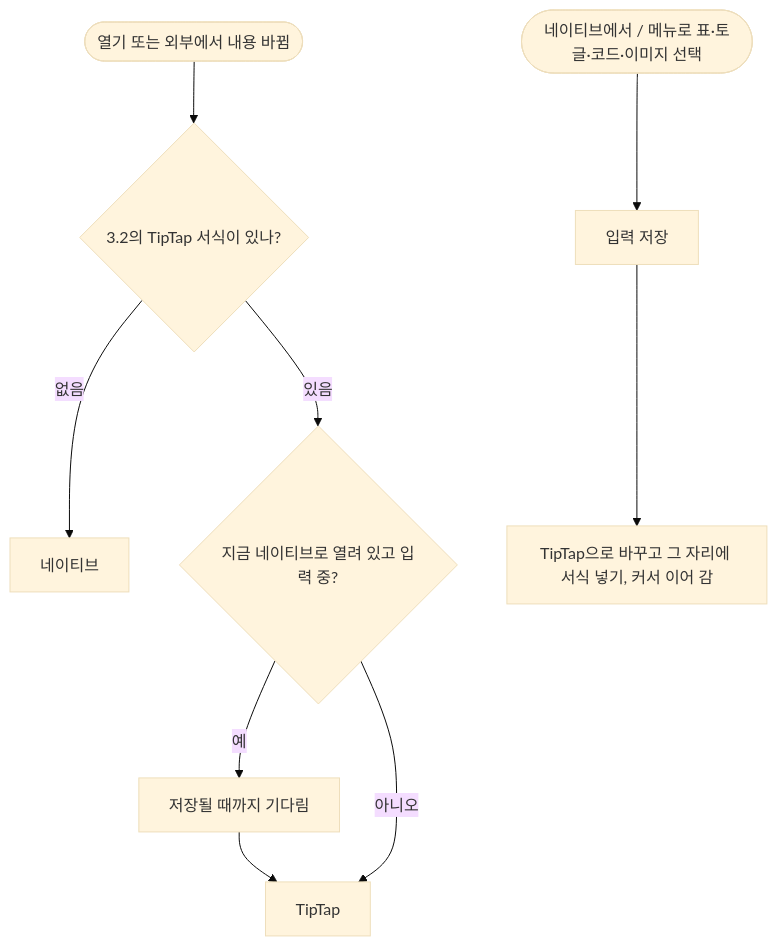
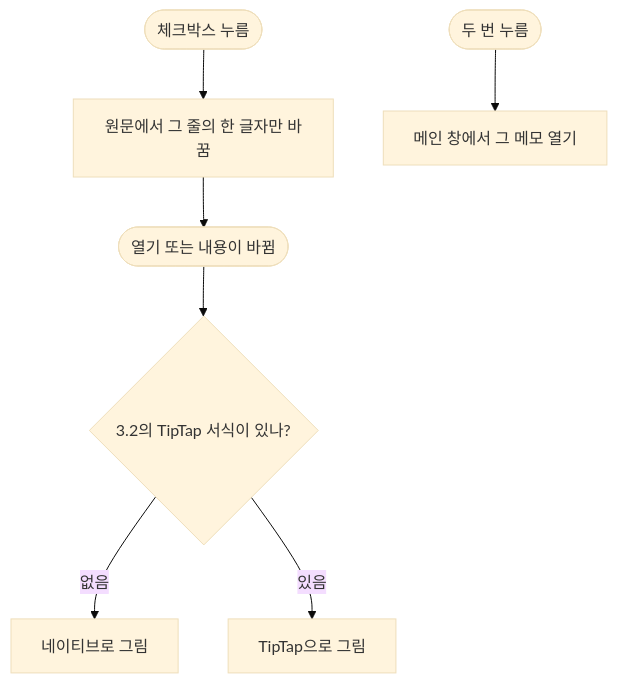
Before and after one commit to ReentaKim/Modoit: the second of 2 diagrams in docs/product/features/F-08-sticky.md, drawn with Mermaid (base theme). The commit also changed other lines of this file and 21 other files, not shown here.

````diff
--- a/docs/product/features/F-08-sticky.md
+++ b/docs/product/features/F-08-sticky.md
@@ -82,9 +83,8 @@
 ```mermaid
 flowchart TD
-  A([열기 또는 외부에서 내용 바뀜]) --> C{3.2의 TipTap 서식이 있나?}
-  C -- 없음 --> N[네이티브]
-  C -- 있음 --> D{지금 네이티브로 열려 있고 입력 중?}
-  D -- 예 --> F[저장될 때까지 기다림] --> T[TipTap]
-  D -- 아니오 --> T
-  H(["네이티브에서 / 메뉴로 표·토글·코드·이미지 선택"]) --> I[입력 저장] --> T2[TipTap으로 바꾸고 그 자리에 서식 넣기, 커서 이어 감]
+  A([열기 또는 내용이 바뀜]) --> C{3.2의 TipTap 서식이 있나?}
+  C -- 없음 --> N[네이티브로 그림]
+  C -- 있음 --> T[TipTap으로 그림]
+  K([체크박스 누름]) --> L[원문에서 그 줄의 한 글자만 바꿈] --> A
+  O([두 번 누름]) --> P[메인 창에서 그 메모 열기]
 ```
````
